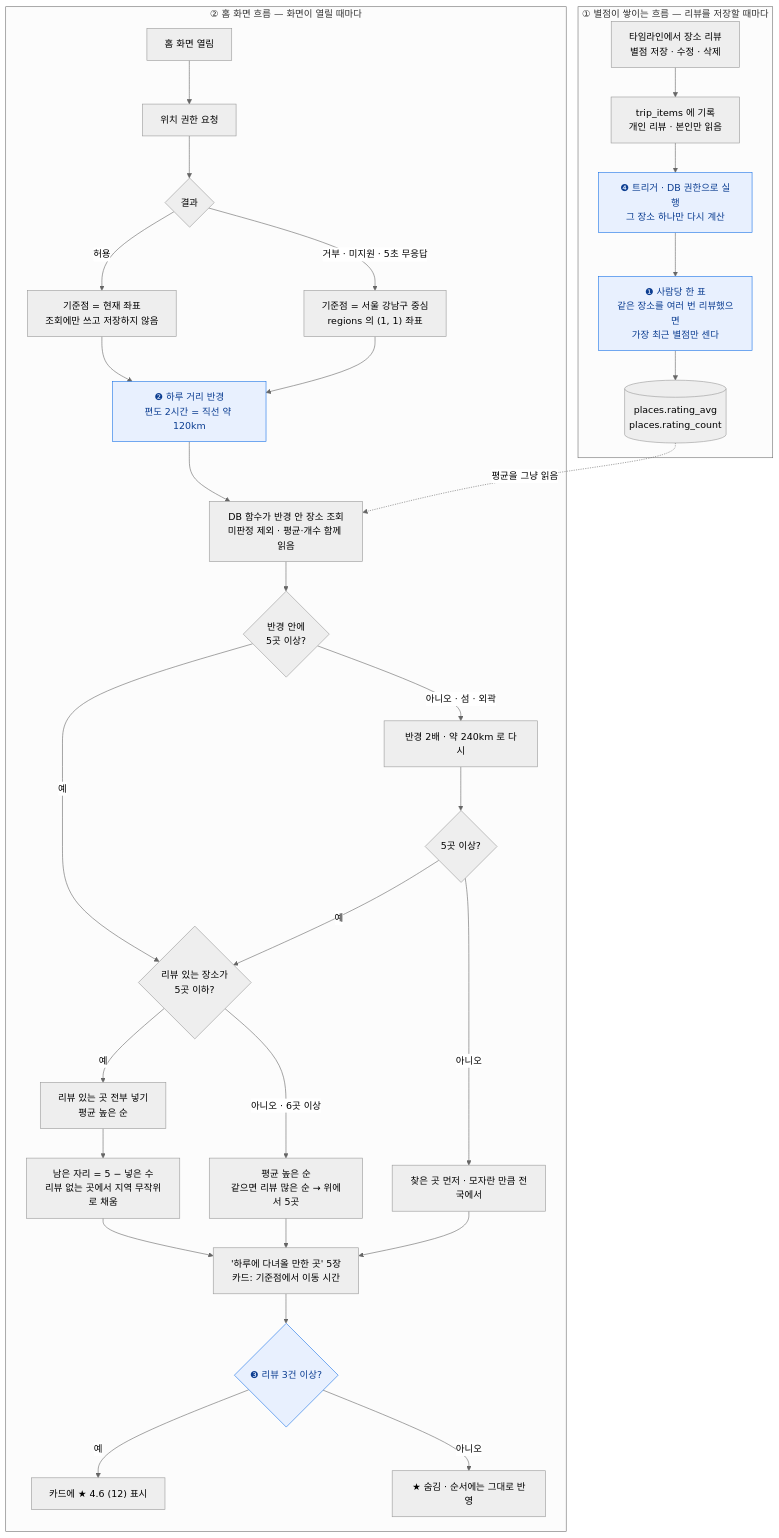
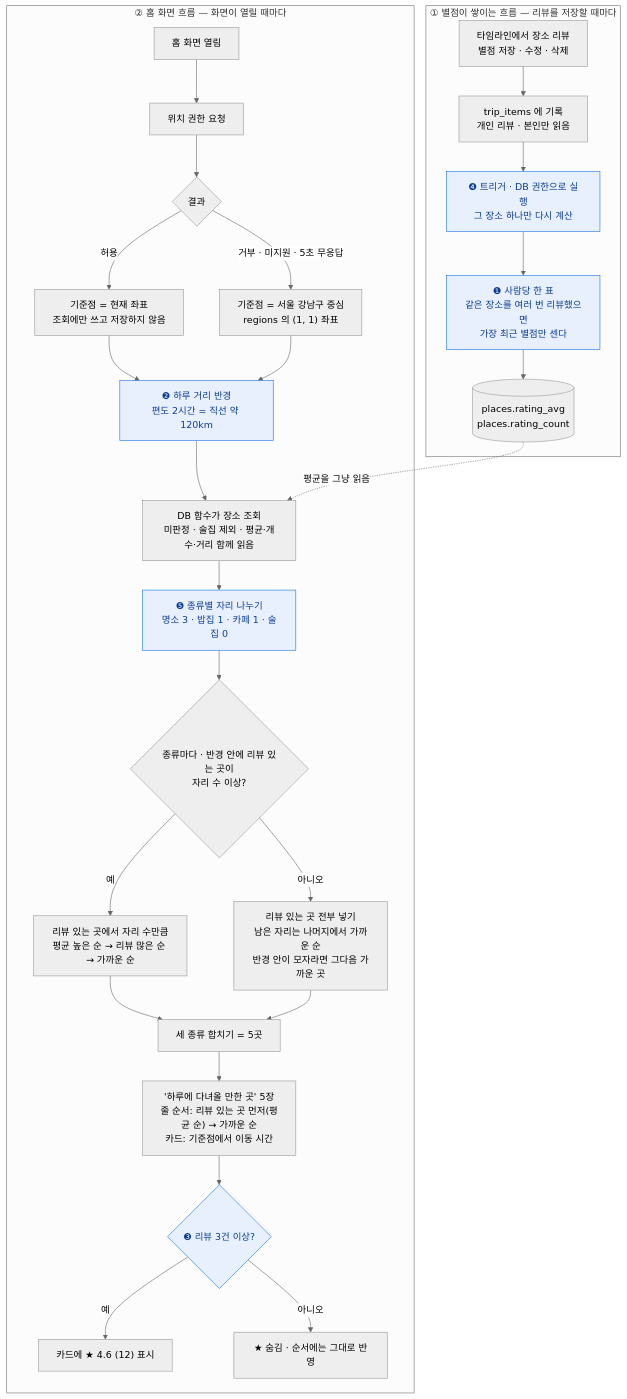
One commit to wisecomm/oneday-trip changed the first of 2 diagrams in README-플로챠트.md. Above: the diagram before and after it, drawn with Mermaid (neutral theme). The commit also changed other lines of this file and 3 other files, not shown here.

First line of the commit message:
홈 '하루에 다녀올 만한 곳' — 가까운 순 · 명소 3 · 밥집 1 · 카페 1

````diff
--- a/README-플로챠트.md
+++ b/README-플로챠트.md
@@ -11,38 +12,33 @@
 ```mermaid
 flowchart TD
     subgraph W["① 별점이 쌓이는 흐름 — 리뷰를 저장할 때마다"]
         W1["타임라인에서 장소 리뷰<br/>별점 저장 · 수정 · 삭제"] --> W2["trip_items 에 기록<br/>개인 리뷰 · 본인만 읽음"]
         W2 --> W3["❹ 트리거 · DB 권한으로 실행<br/>그 장소 하나만 다시 계산"]:::dec
         W3 --> W4["❶ 사람당 한 표<br/>같은 장소를 여러 번 리뷰했으면<br/>가장 최근 별점만 센다"]:::dec
         W4 --> W5[("places.rating_avg<br/>places.rating_count")]
     end
 
     subgraph R["② 홈 화면 흐름 — 화면이 열릴 때마다"]
         A["홈 화면 열림"] --> L["위치 권한 요청"]
         L --> B{"결과"}
         B -- "허용" --> C["기준점 = 현재 좌표<br/>조회에만 쓰고 저장하지 않음"]
         B -- "거부 · 미지원 · 5초 무응답" --> G["기준점 = 서울 강남구 중심<br/>regions 의 (1, 1) 좌표"]
         C --> RR["❷ 하루 거리 반경<br/>편도 2시간 = 직선 약 120km"]:::dec
         G --> RR
-        RR --> Q["DB 함수가 반경 안 장소 조회<br/>미판정 제외 · 평균·개수 함께 읽음"]
-        Q --> D{"반경 안에<br/>5곳 이상?"}
-        D -- "아니오 · 섬 · 외곽" --> WD["반경 2배 · 약 240km 로 다시"] --> D2{"5곳 이상?"}
-        D2 -- "아니오" --> M["찾은 곳 먼저 · 모자란 만큼 전국에서"]
-        D -- "예" --> S2
-        D2 -- "예" --> S2
-        S2{"리뷰 있는 장소가<br/>5곳 이하?"}
-        S2 -- "예" --> S3["리뷰 있는 곳 전부 넣기<br/>평균 높은 순"]
-        S3 --> S4["남은 자리 = 5 − 넣은 수<br/>리뷰 없는 곳에서 지역 무작위로 채움"]
-        S2 -- "아니오 · 6곳 이상" --> S5["평균 높은 순<br/>같으면 리뷰 많은 순 → 위에서 5곳"]
-        S4 --> O["'하루에 다녀올 만한 곳' 5장<br/>카드: 기준점에서 이동 시간"]
-        S5 --> O
-        M --> O
+        RR --> Q["DB 함수가 장소 조회<br/>미판정 · 술집 제외 · 평균·개수·거리 함께 읽음"]
+        Q --> MX["❺ 종류별 자리 나누기<br/>명소 3 · 밥집 1 · 카페 1 · 술집 0"]:::dec
+        MX --> K1{"종류마다 · 반경 안에 리뷰 있는 곳이<br/>자리 수 이상?"}
+        K1 -- "예" --> K2["리뷰 있는 곳에서 자리 수만큼<br/>평균 높은 순 → 리뷰 많은 순 → 가까운 순"]
+        K1 -- "아니오" --> K3["리뷰 있는 곳 전부 넣기<br/>남은 자리는 나머지에서 가까운 순<br/>반경 안이 모자라면 그다음 가까운 곳"]
+        K2 --> J["세 종류 합치기 = 5곳"]
+        K3 --> J
+        J --> O["'하루에 다녀올 만한 곳' 5장<br/>줄 순서: 리뷰 있는 곳 먼저(평균 순) → 가까운 순<br/>카드: 기준점에서 이동 시간"]
         O --> ST{"❸ 리뷰 3건 이상?"}:::dec
         ST -- "예" --> ST1["카드에 ★ 4.6 (12) 표시"]
         ST -- "아니오" --> ST2["★ 숨김 · 순서에는 그대로 반영"]
     end
 
     W5 -. "평균을 그냥 읽음" .-> Q
 
     classDef dec fill:#e8f0fe,stroke:#1a73e8,color:#0b3d91
 ```
````
